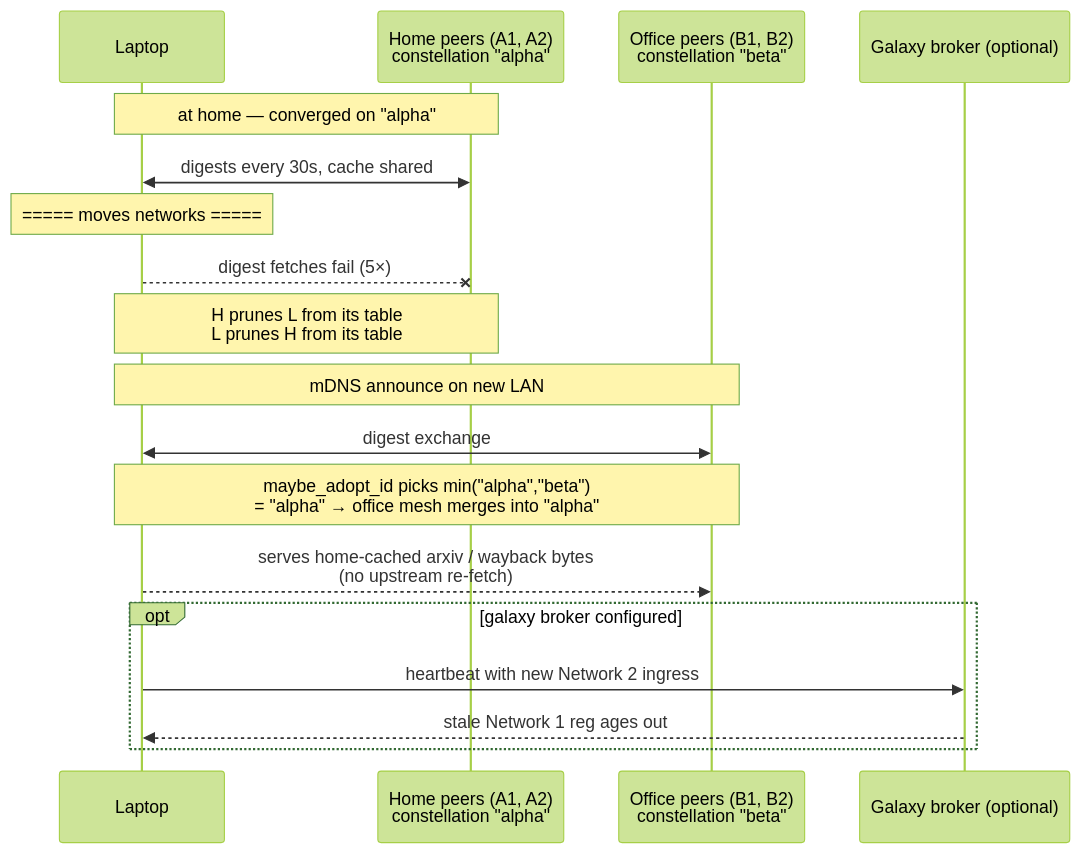
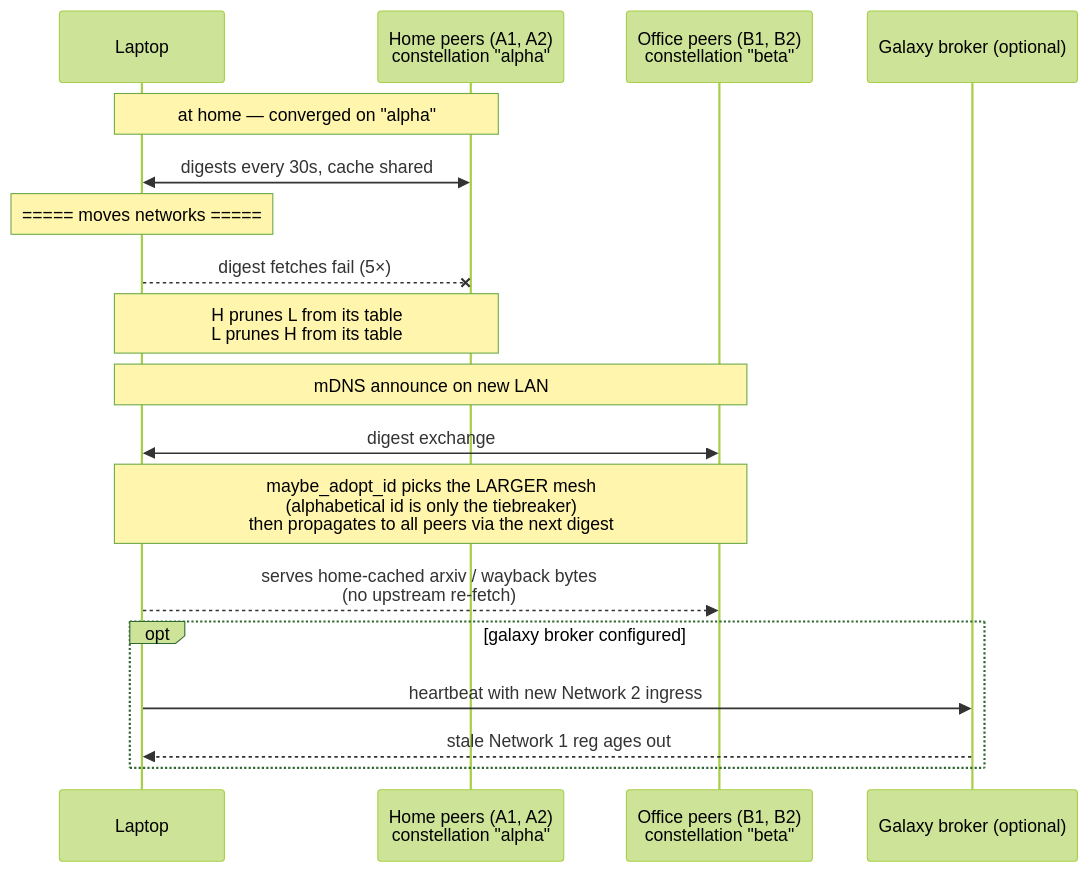
One commit to elyerinfox/lodestone-mcp changed the third of 3 diagrams in docs/constellation.md. Above: the diagram before and after it, drawn with Mermaid (forest theme). The commit also changed other lines of this file and 2 other files, not shown here.

````diff
--- a/docs/constellation.md
+++ b/docs/constellation.md
@@ -499,24 +513,24 @@
 ```mermaid
 sequenceDiagram
   participant L as Laptop
   participant H as Home peers (A1, A2)<br/>constellation "alpha"
   participant O as Office peers (B1, B2)<br/>constellation "beta"
   participant Gx as Galaxy broker (optional)
 
   Note over L,H: at home — converged on "alpha"
   L<<->>H: digests every 30s, cache shared
 
   Note over L: ===== moves networks =====
   L--xH: digest fetches fail (5×)
   Note over L,H: H prunes L from its table<br/>L prunes H from its table
 
   Note over L,O: mDNS announce on new LAN
   L<<->>O: digest exchange
-  Note over L,O: maybe_adopt_id picks min("alpha","beta")<br/>= "alpha" → office mesh merges into "alpha"
+  Note over L,O: maybe_adopt_id picks the LARGER mesh<br/>(alphabetical id is only the tiebreaker)<br/>then propagates to all peers via the next digest
   L-->>O: serves home-cached arxiv / wayback bytes<br/>(no upstream re-fetch)
 
   opt galaxy broker configured
     L->>Gx: heartbeat with new Network 2 ingress
     Gx-->>L: stale Network 1 reg ages out
   end
 ```
````
